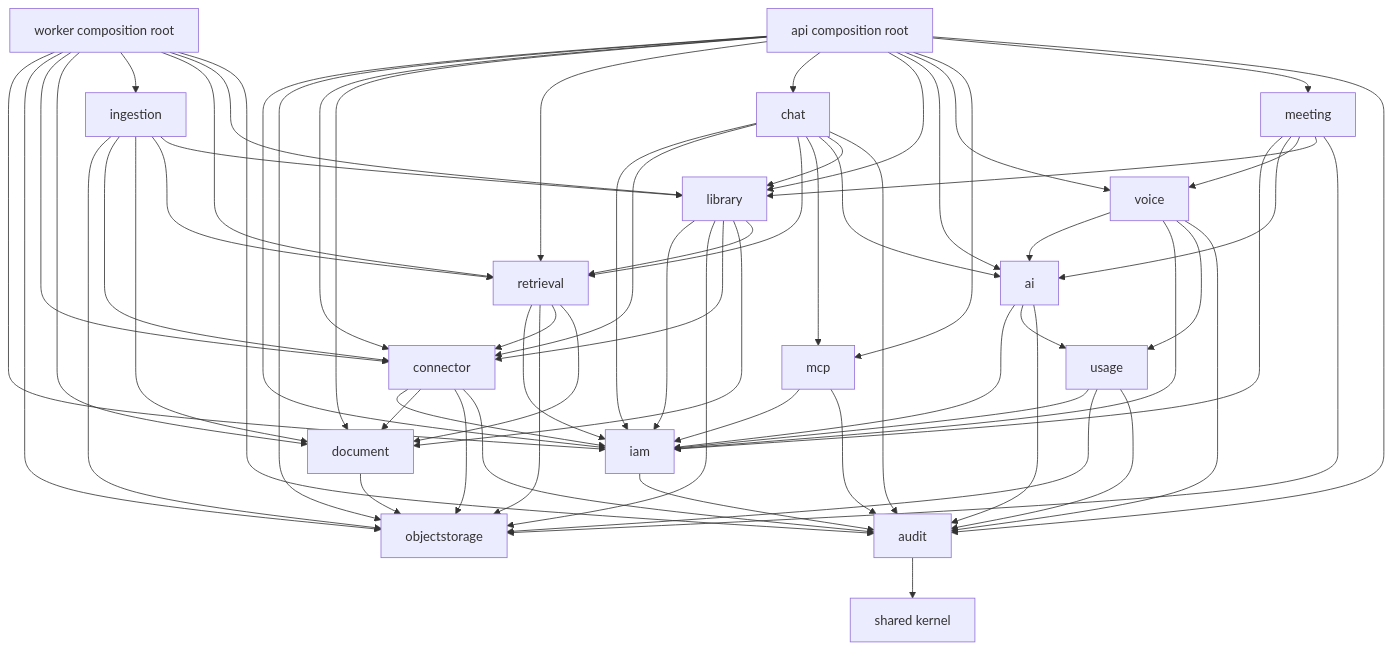
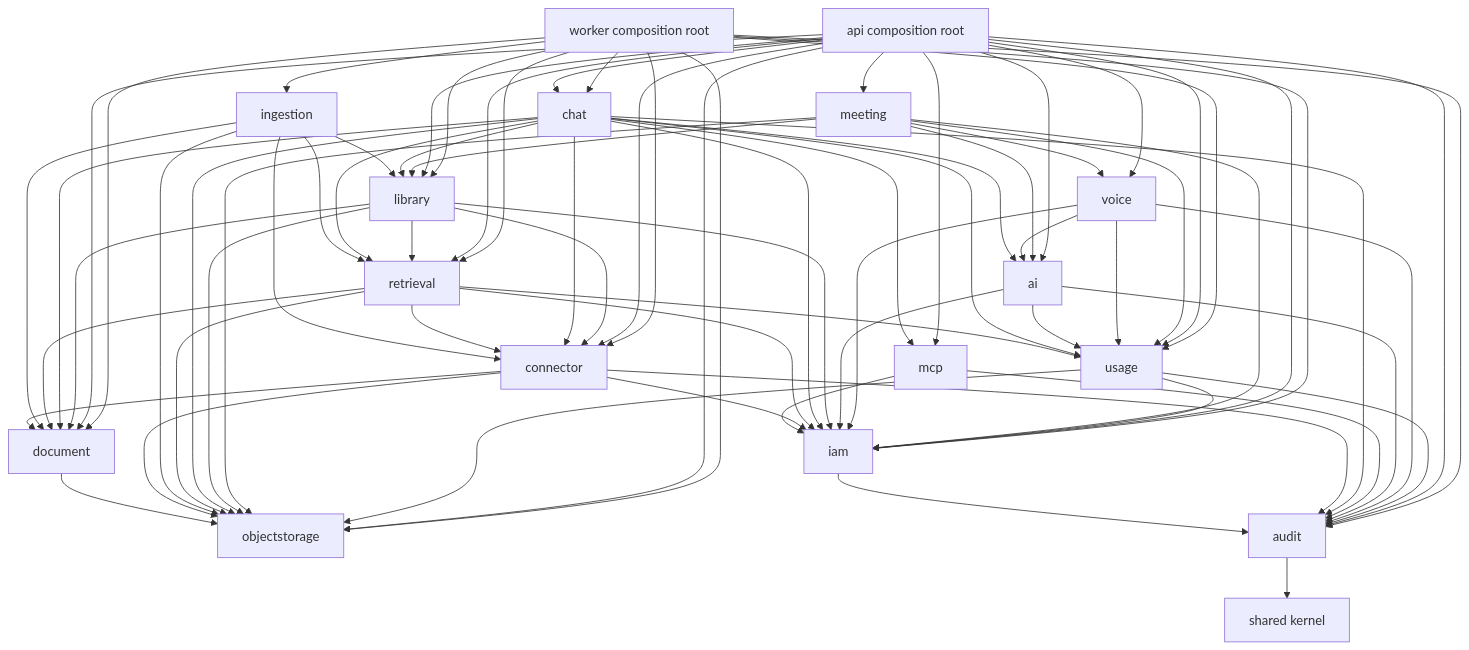
Before and after one commit to kl3inIT/MemoryOS: the second of 6 diagrams in ARCHITECTURE.md, drawn with Mermaid. The commit also changed other lines of this file and 4 other files, not shown here.

First line of the commit message:
docs: sync ARCHITECTURE, README and runbooks with the current code

````diff
--- a/ARCHITECTURE.md
+++ b/ARCHITECTURE.md
@@ -79,12 +82,16 @@
     RET --> OBJ
     RET --> CON
     RET --> DOC
+    RET --> USAGE
     CHAT --> IAM
     CHAT --> CON
     CHAT --> RET
     CHAT --> MCP
     CHAT --> AI
     CHAT --> LIB
+    CHAT --> OBJ
+    CHAT --> DOC
+    CHAT --> USAGE
     LIB --> IAM
     LIB --> OBJ
     LIB --> CON
@@ -100,6 +107,7 @@
     MEET --> VOICE
     MEET --> LIB
     MEET --> OBJ
+    MEET --> USAGE
     IAM --> AUD
     CON --> AUD
     CHAT --> AUD
@@ -123,6 +131,7 @@
     API --> MCP
     API --> MEET
     API --> AUD
+    API --> USAGE
     WORKER[worker composition root] --> IAM
     WORKER --> OBJ
     WORKER --> CON
@@ -130,5 +139,7 @@
     WORKER --> ING
     WORKER --> RET
     WORKER --> LIB
+    WORKER --> CHAT
+    WORKER --> USAGE
     WORKER --> AUD
 ```
````
